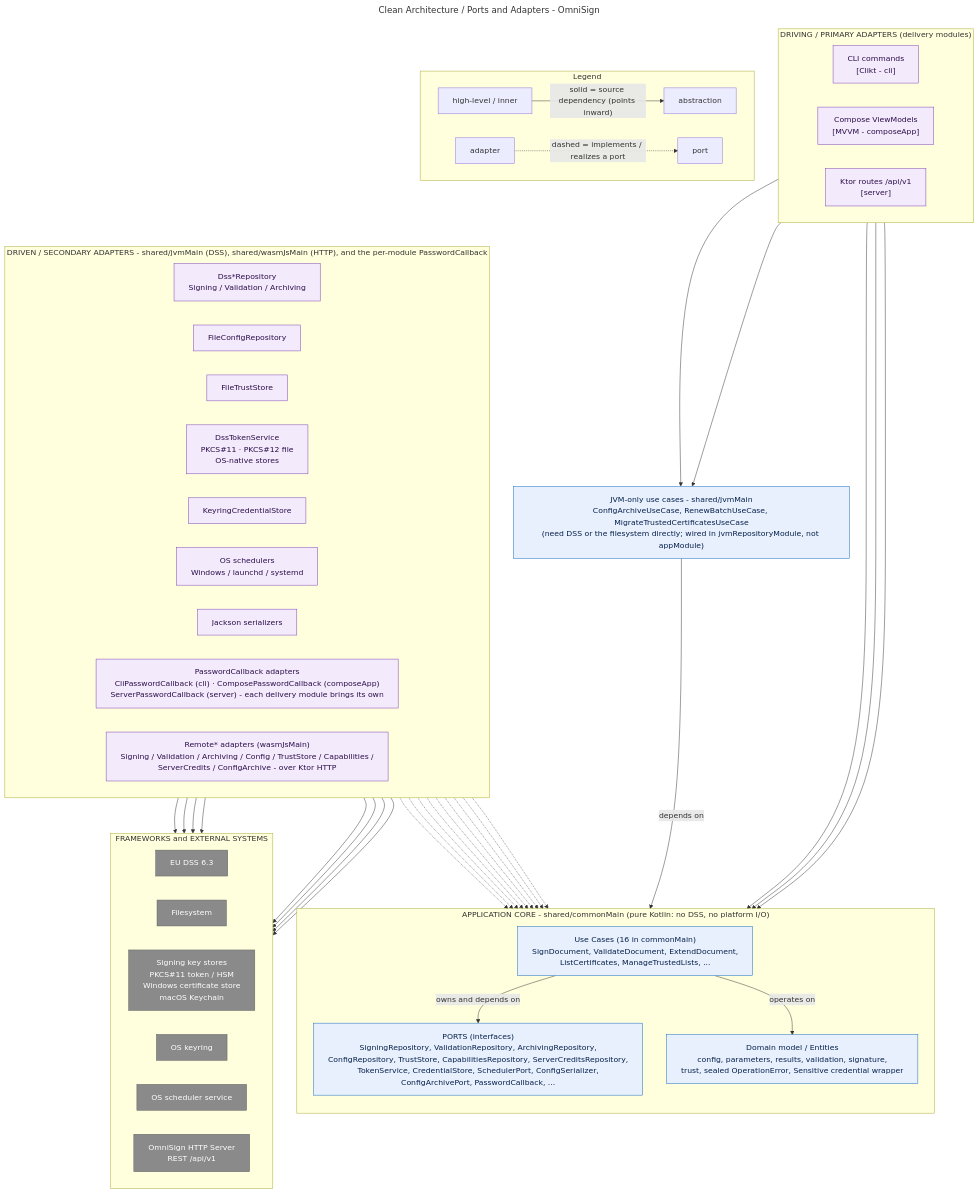
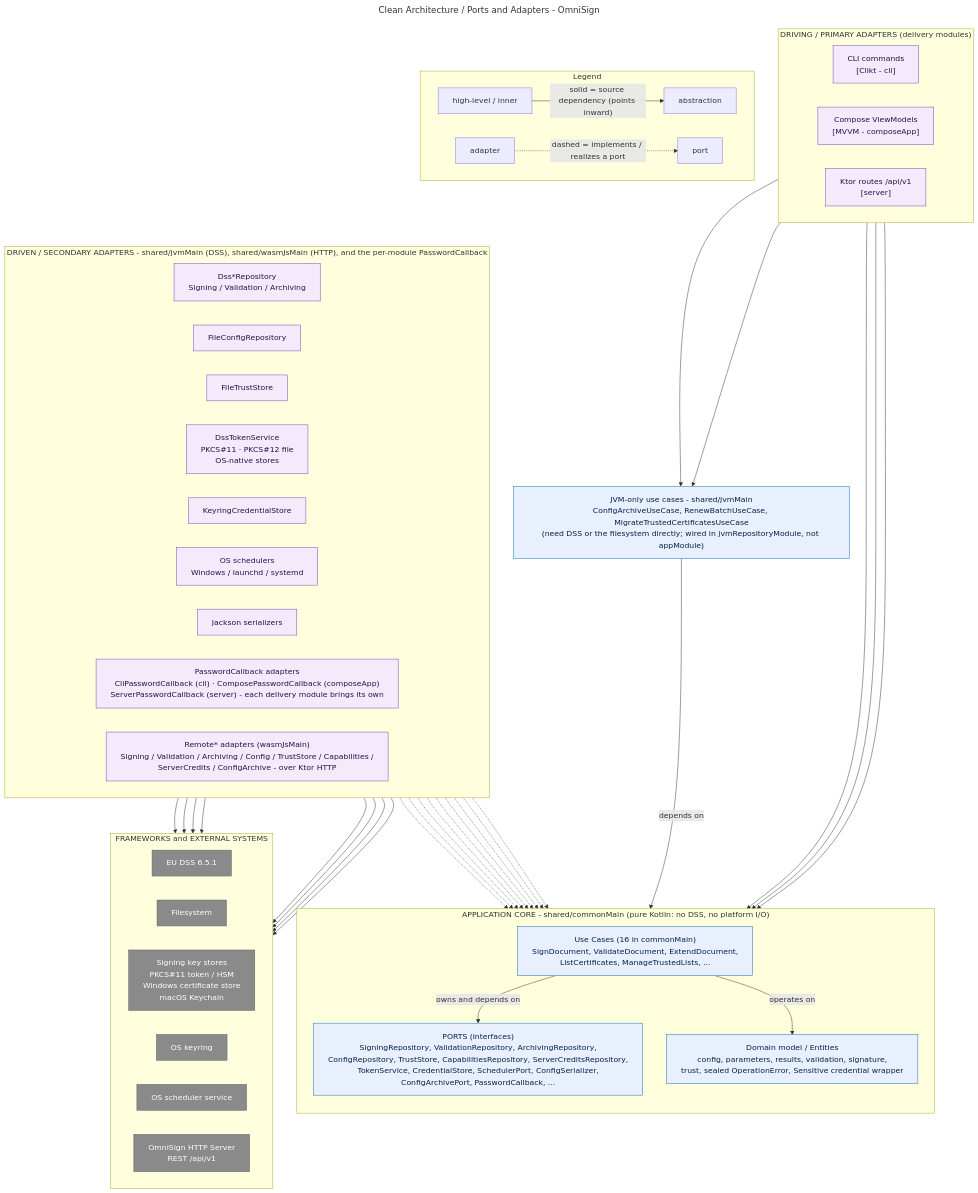
Before and after one commit to pizavo/omnisign: the diagram in docs/diagrams/03-clean-architecture-ports-adapters.mmd, drawn with Mermaid. The commit also changed 69 other files, not shown here.

```diff
--- a/docs/diagrams/03-clean-architecture-ports-adapters.mmd
+++ b/docs/diagrams/03-clean-architecture-ports-adapters.mmd
@@ -1,88 +1,88 @@
 ---
 title: Clean Architecture / Ports and Adapters - OmniSign
 config:
   flowchart:
     wrappingWidth: 640
 ---
 flowchart TB
   subgraph PRIMARY["DRIVING / PRIMARY ADAPTERS (delivery modules)"]
     direction LR
     CLI["CLI commands<br/>[Clikt - cli]"]
     VM["Compose ViewModels<br/>[MVVM - composeApp]"]
     ROUTES["Ktor routes /api/v1<br/>[server]"]
   end
 
   subgraph CORE["APPLICATION CORE - shared/commonMain (pure Kotlin: no DSS, no platform I/O)"]
     direction TB
     UC["Use Cases (16 in commonMain)<br/>SignDocument, ValidateDocument, ExtendDocument,<br/>ListCertificates, ManageTrustedLists, ..."]
     PORTS["PORTS (interfaces)<br/>SigningRepository, ValidationRepository, ArchivingRepository,<br/>ConfigRepository, TrustStore, CapabilitiesRepository, ServerCreditsRepository,<br/>TokenService, CredentialStore, SchedulerPort, ConfigSerializer,<br/>ConfigArchivePort, PasswordCallback, ..."]
     DOMAIN["Domain model / Entities<br/>config, parameters, results, validation, signature,<br/>trust, sealed OperationError, Sensitive credential wrapper"]
     UC -->|owns and depends on| PORTS
     UC -->|operates on| DOMAIN
   end
 
   JVMUC["JVM-only use cases - shared/jvmMain<br/>ConfigArchiveUseCase, RenewBatchUseCase, MigrateTrustedCertificatesUseCase<br/>(need DSS or the filesystem directly; wired in jvmRepositoryModule, not appModule)"]
 
   subgraph SECONDARY["DRIVEN / SECONDARY ADAPTERS - shared/jvmMain (DSS), shared/wasmJsMain (HTTP), and the per-module PasswordCallback"]
     direction LR
     DSSREPO["Dss*Repository<br/>Signing / Validation / Archiving"]
     FILECFG["FileConfigRepository"]
     FILETRUST["FileTrustStore"]
     TOKENSVC["DssTokenService<br/>PKCS#11 · PKCS#12 file<br/>OS-native stores"]
     CRED["KeyringCredentialStore"]
     SCHED["OS schedulers<br/>Windows / launchd / systemd"]
     SER["Jackson serializers"]
     PWCB["PasswordCallback adapters<br/>CliPasswordCallback (cli) · ComposePasswordCallback (composeApp)<br/>ServerPasswordCallback (server) - each delivery module brings its own"]
     REMOTE["Remote* adapters (wasmJsMain)<br/>Signing / Validation / Archiving / Config / TrustStore / Capabilities /<br/>ServerCredits / ConfigArchive - over Ktor HTTP"]
   end
 
   subgraph FW["FRAMEWORKS and EXTERNAL SYSTEMS"]
     direction LR
-    DSS["EU DSS 6.3"]
+    DSS["EU DSS 6.5.1"]
     FS["Filesystem"]
     PKCS["Signing key stores<br/>PKCS#11 token / HSM<br/>Windows certificate store<br/>macOS Keychain"]
     KEYRING["OS keyring"]
     OSSVC["OS scheduler service"]
     API["OmniSign HTTP Server<br/>REST /api/v1"]
   end
 
   CLI --> UC
   VM --> UC
   ROUTES --> UC
 
   CLI --> JVMUC
   VM --> JVMUC
   JVMUC -->|"depends on"| PORTS
 
   DSSREPO -.-> PORTS
   FILECFG -.-> PORTS
   FILETRUST -.-> PORTS
   TOKENSVC -.-> PORTS
   CRED -.-> PORTS
   SCHED -.-> PORTS
   SER -.-> PORTS
   PWCB -.-> PORTS
   REMOTE -.-> PORTS
 
   DSSREPO --> DSS
   DSSREPO --> PKCS
   FILECFG --> FS
   FILETRUST --> FS
   TOKENSVC --> PKCS
   CRED --> KEYRING
   SCHED --> OSSVC
   REMOTE --> API
 
   subgraph legend["Legend"]
     direction LR
     lh["high-level / inner"] -->|"solid = source dependency (points inward)"| labr["abstraction"]
     lad["adapter"] -.->|"dashed = implements / realizes a port"| lpo["port"]
   end
 
   classDef core fill:#e8f0fe,stroke:#1168bd,color:#06214a
   classDef adapter fill:#f3eafc,stroke:#7a3fb5,color:#2c0f4a
   classDef ext fill:#8a8a8a,stroke:#5f5f5f,color:#ffffff
   class UC,PORTS,DOMAIN core
   class CLI,VM,ROUTES,DSSREPO,FILECFG,FILETRUST,TOKENSVC,CRED,SCHED,SER,PWCB,REMOTE adapter
   class JVMUC core
   class DSS,FS,PKCS,KEYRING,OSSVC,API ext
```
